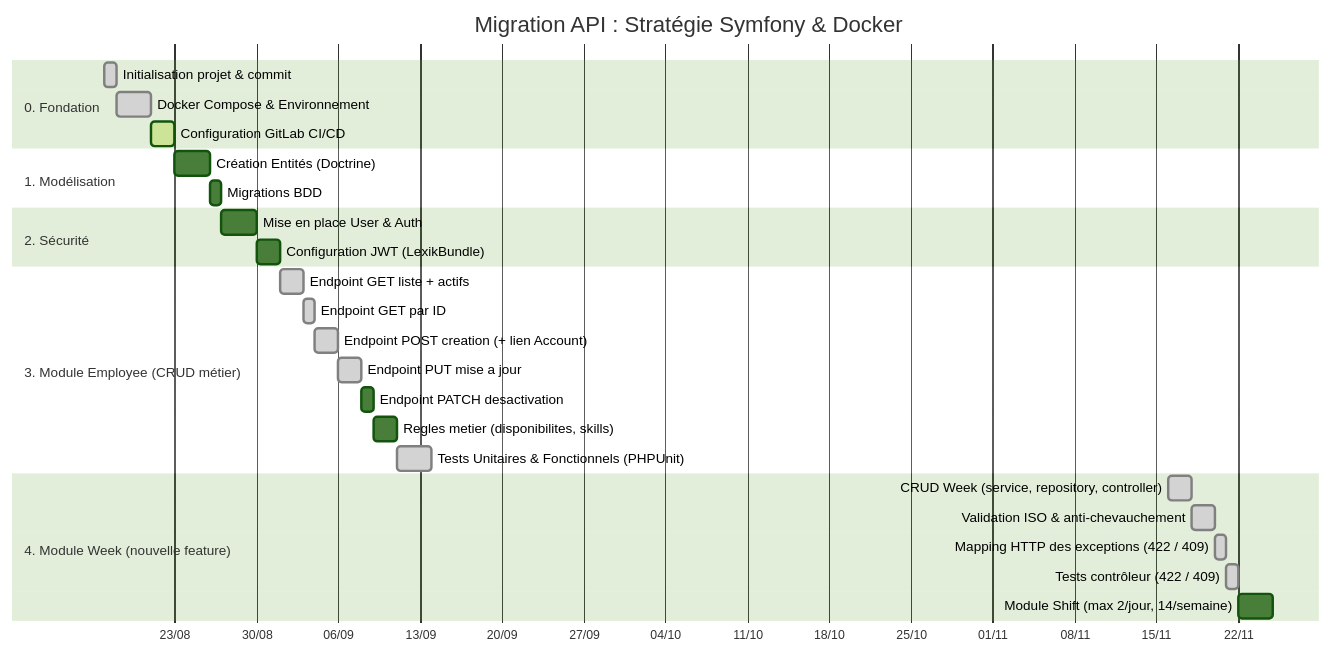
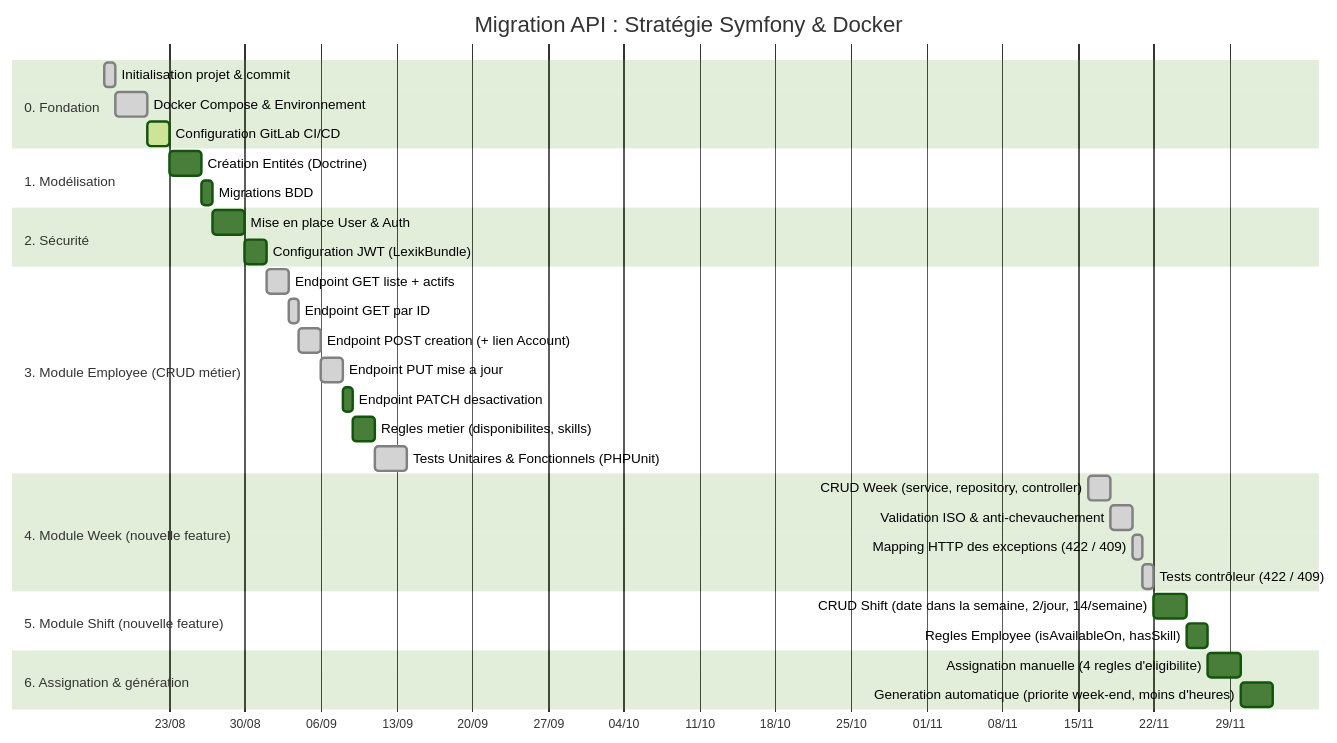
Before and after one commit to remyHamed/gsb: the diagram in PLANNING.md, drawn with Mermaid (forest theme). The commit also changed other lines of this file, not shown here.

Commit message:
docs: ajout des phases 5 (Shift) et 6 (assignation et génération)

````diff
--- a/PLANNING.md
+++ b/PLANNING.md
@@ -9,35 +9,42 @@
 ```mermaid
 gantt
     title Migration API : Stratégie Symfony & Docker
     dateFormat  YYYY-MM-DD
     axisFormat  %d/%m
 
     section 0. Fondation
     Initialisation projet & commit   :done, init, 2026-08-17, 1d
     Docker Compose & Environnement   :done, env, after init, 3d
     Configuration GitLab CI/CD       :active, ci, after env, 2d
 
     section 1. Modélisation
     Création Entités (Doctrine)      :b1, after ci, 3d
     Migrations BDD                   :b2, after b1, 1d
 
     section 2. Sécurité
     Mise en place User & Auth        :auth1, after b2, 3d
     Configuration JWT (LexikBundle)  :auth2, after auth1, 2d
 
     section 3. Module Employee (CRUD métier)
     Endpoint GET liste + actifs       :done, c1, after auth2, 2d
     Endpoint GET par ID              :done, c2, after c1, 1d
     Endpoint POST creation (+ lien Account) :done, c3, after c2, 2d
     Endpoint PUT mise a jour          :done, c4, after c3, 2d
     Endpoint PATCH desactivation      :c5, after c4, 1d
     Regles metier (disponibilites, skills) :c6, after c5, 2d
     Tests Unitaires & Fonctionnels (PHPUnit) :done, c7, after c6, 3d
 
     section 4. Module Week (nouvelle feature)
     CRUD Week (service, repository, controller) :done, w1, 2026-11-16, 2d
     Validation ISO & anti-chevauchement         :done, w2, after w1, 2d
     Mapping HTTP des exceptions (422 / 409)     :done, w3, after w2, 1d
     Tests contrôleur (422 / 409)                :done, w4, after w3, 1d
-    Module Shift (max 2/jour, 14/semaine)       :w5, after w4, 3d
+
+    section 5. Module Shift (nouvelle feature)
+    CRUD Shift (date dans la semaine, 2/jour, 14/semaine) :s1, after w4, 3d
+    Regles Employee (isAvailableOn, hasSkill)             :s2, after s1, 2d
+
+    section 6. Assignation & génération
+    Assignation manuelle (4 regles d'eligibilite)         :g1, after s2, 3d
+    Generation automatique (priorite week-end, moins d'heures) :g2, after g1, 3d
 ```
````
